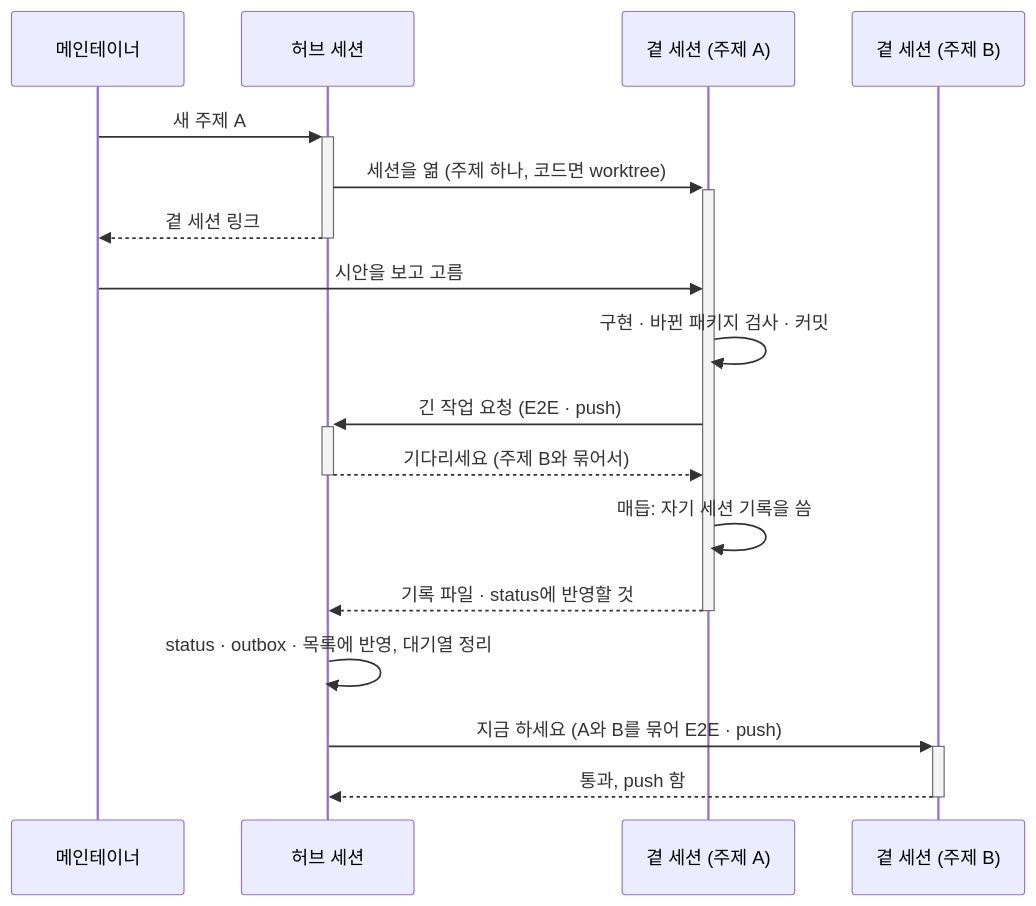
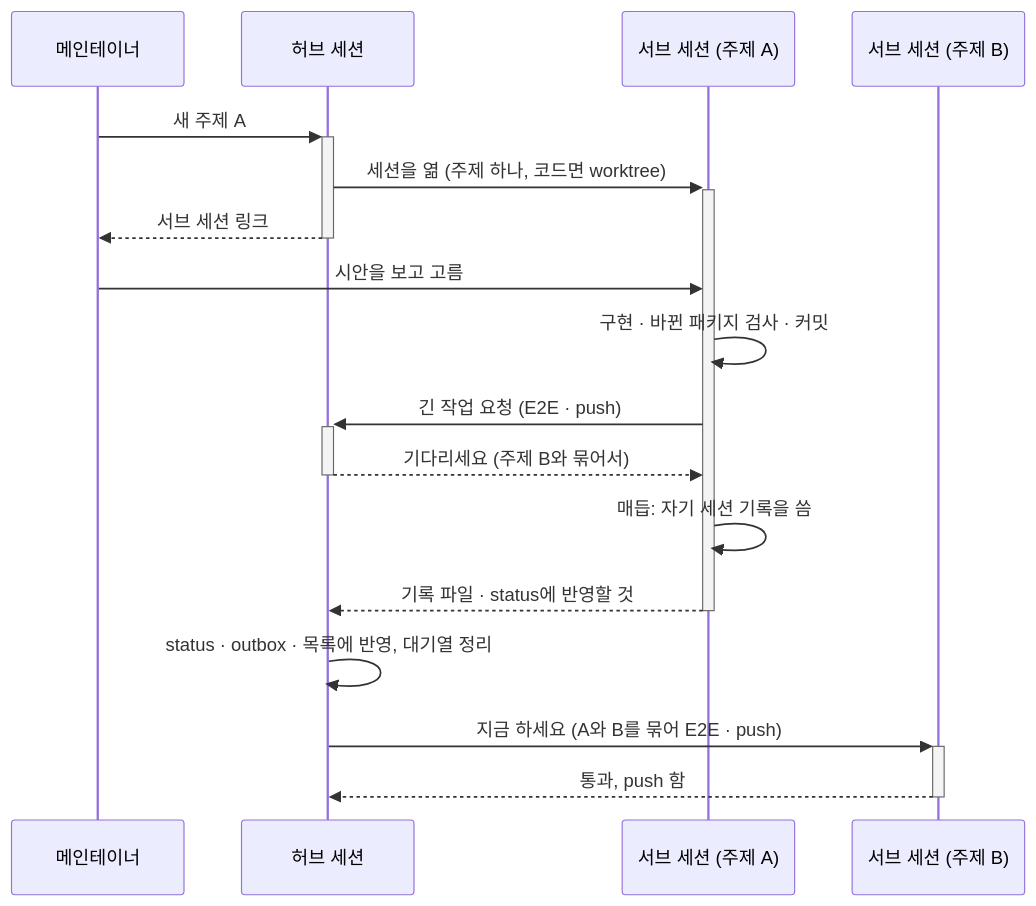
One commit to reddiana/AriadneNSD changed the third of 4 diagrams in atelier/how-we-work.md. Above: the diagram before and after it, drawn with Mermaid. The commit also changed other lines of this file and 7 other files, not shown here.

````diff
--- a/atelier/how-we-work.md
+++ b/atelier/how-we-work.md
@@ -89,19 +89,19 @@
 ```mermaid
 sequenceDiagram
   participant M as 메인테이너
   participant H as 허브 세션
-  participant S1 as 곁 세션 (주제 A)
-  participant S2 as 곁 세션 (주제 B)
+  participant S1 as 서브 세션 (주제 A)
+  participant S2 as 서브 세션 (주제 B)
   M->>+H: 새 주제 A
   H->>+S1: 세션을 엶 (주제 하나, 코드면 worktree)
-  H-->>-M: 곁 세션 링크
+  H-->>-M: 서브 세션 링크
   M->>S1: 시안을 보고 고름
   S1->>S1: 구현 · 바뀐 패키지 검사 · 커밋
   S1->>+H: 긴 작업 요청 (E2E · push)
   H-->>-S1: 기다리세요 (주제 B와 묶어서)
   S1->>S1: 매듭: 자기 세션 기록을 씀
   S1-->>-H: 기록 파일 · status에 반영할 것
   H->>H: status · outbox · 목록에 반영, 대기열 정리
   H->>+S2: 지금 하세요 (A와 B를 묶어 E2E · push)
   S2-->>-H: 통과, push 함
 ```
````
